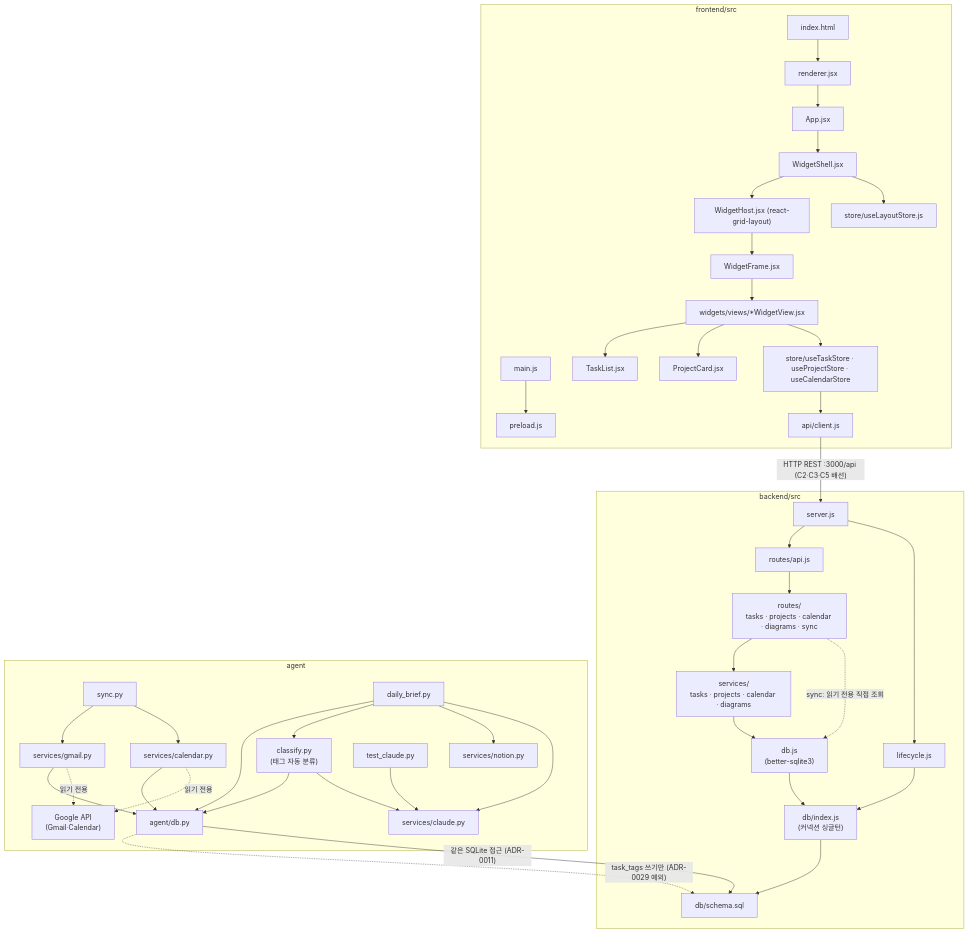
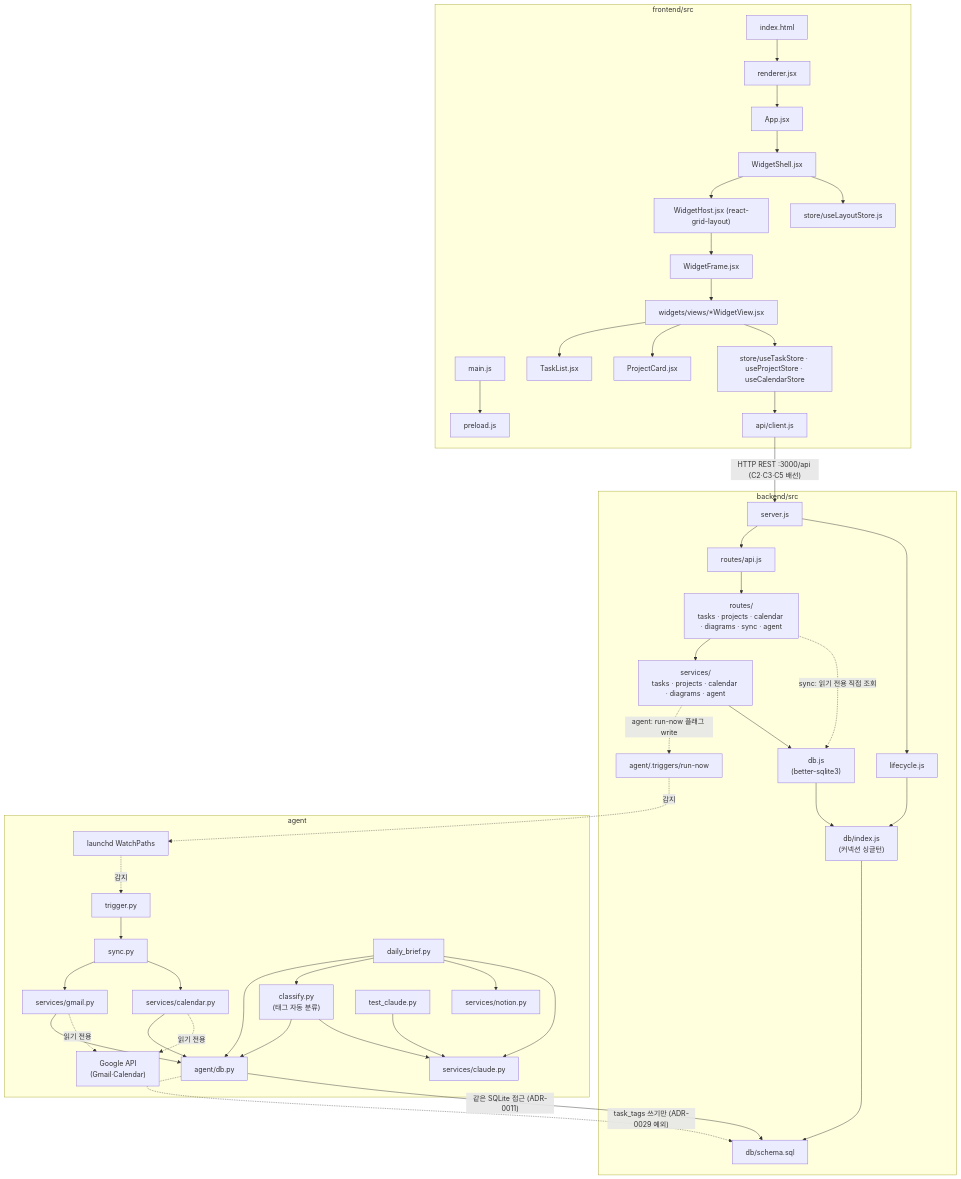
Before and after one commit to gamercross/my-setup-proj: the diagram in docs/product/vision/AS_IS.md, drawn with Mermaid. The commit also changed 41 other files, not shown here.

First line of the commit message:
feat: P7 — 에이전트 활동 위젯 + '지금 실행' 파일 플래그 (FR-AGENT-08)

````diff
--- a/docs/product/vision/AS_IS.md
+++ b/docs/product/vision/AS_IS.md
@@ -95,49 +95,53 @@
 ```mermaid
 flowchart TB
   subgraph FE["frontend/src"]
     MAIN["main.js"] --> PRE["preload.js"]
     IDX["index.html"] --> RJX["renderer.jsx"]
     RJX --> APP["App.jsx"]
     APP --> SHELL["WidgetShell.jsx"]
     SHELL --> HOST["WidgetHost.jsx (react-grid-layout)"]
     HOST --> FRAME["WidgetFrame.jsx"]
     FRAME --> VIEWS["widgets/views/*WidgetView.jsx"]
     VIEWS --> TL["TaskList.jsx"]
     VIEWS --> PC["ProjectCard.jsx"]
     SHELL --> LST["store/useLayoutStore.js"]
     VIEWS --> DST["store/useTaskStore · useProjectStore · useCalendarStore"]
     DST --> CLI["api/client.js"]
   end
 
   subgraph BE["backend/src"]
     SRV["server.js"] --> AR["routes/api.js"]
     SRV --> LC["lifecycle.js"]
-    AR --> RT["routes/<br/>tasks · projects · calendar · diagrams · sync"]
-    RT --> SVC["services/<br/>tasks · projects · calendar · diagrams"]
+    AR --> RT["routes/<br/>tasks · projects · calendar · diagrams · sync · agent"]
+    RT --> SVC["services/<br/>tasks · projects · calendar · diagrams · agent"]
     RT -.->|"sync: 읽기 전용 직접 조회"| DBJS
+    SVC -.->|"agent: run-now 플래그 write"| FLAG["agent/.triggers/run-now"]
     SVC --> DBJS["db.js<br/>(better-sqlite3)"]
     DBJS --> DBIDX["db/index.js<br/>(커넥션 싱글턴)"]
     DBIDX --> SCHEMA["db/schema.sql"]
     LC --> DBIDX
   end
 
   subgraph AGT["agent"]
+    TRG["trigger.py"] --> SYNC
+    LAUNCHD["launchd WatchPaths"] -. "감지" .-> TRG
+    FLAG -. "감지" .-> LAUNCHD
     SYNC["sync.py"] --> SGM["services/gmail.py"]
     SYNC --> SCA["services/calendar.py"]
     SGM --> ADB["agent/db.py"]
     SCA --> ADB
     DBF["daily_brief.py"] --> ADB
     DBF --> CLF["classify.py<br/>(태그 자동 분류)"]
     CLF --> ADB
     CLF --> SCL
     DBF --> SNO["services/notion.py"]
     DBF --> SCL["services/claude.py"]
     ADB -. "task_tags 쓰기만 (ADR-0029 예외)" .-> SCHEMA
     TCL["test_claude.py"] --> SCL
     SGM -. "읽기 전용" .-> GAPI["Google API<br/>(Gmail·Calendar)"]
     SCA -. "읽기 전용" .-> GAPI
   end
 
   CLI -->|"HTTP REST :3000/api (C2·C3·C5 배선)"| SRV
   ADB -->|"같은 SQLite 접근 (ADR-0011)"| SCHEMA
 ```
````
